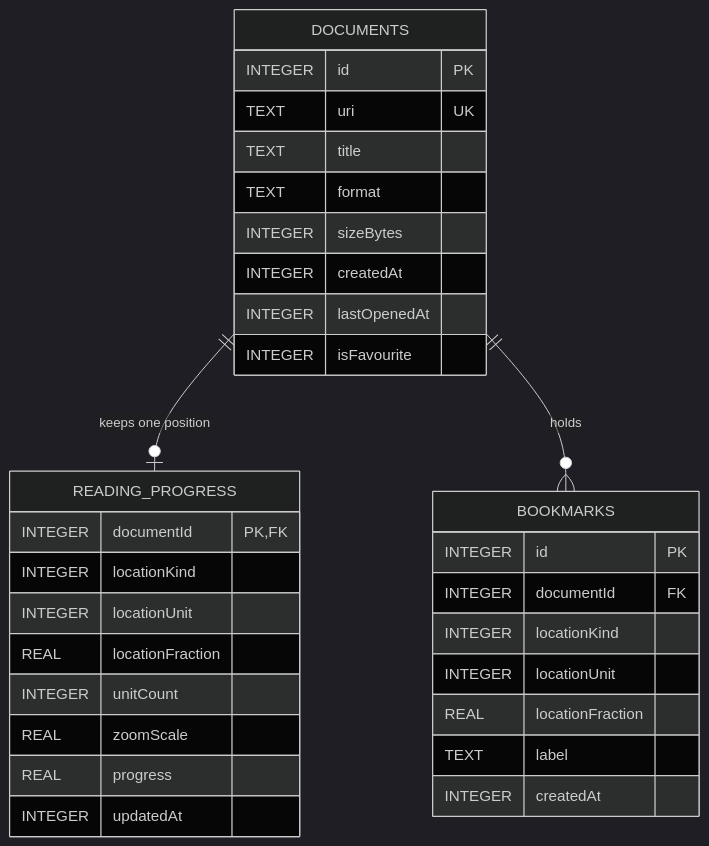
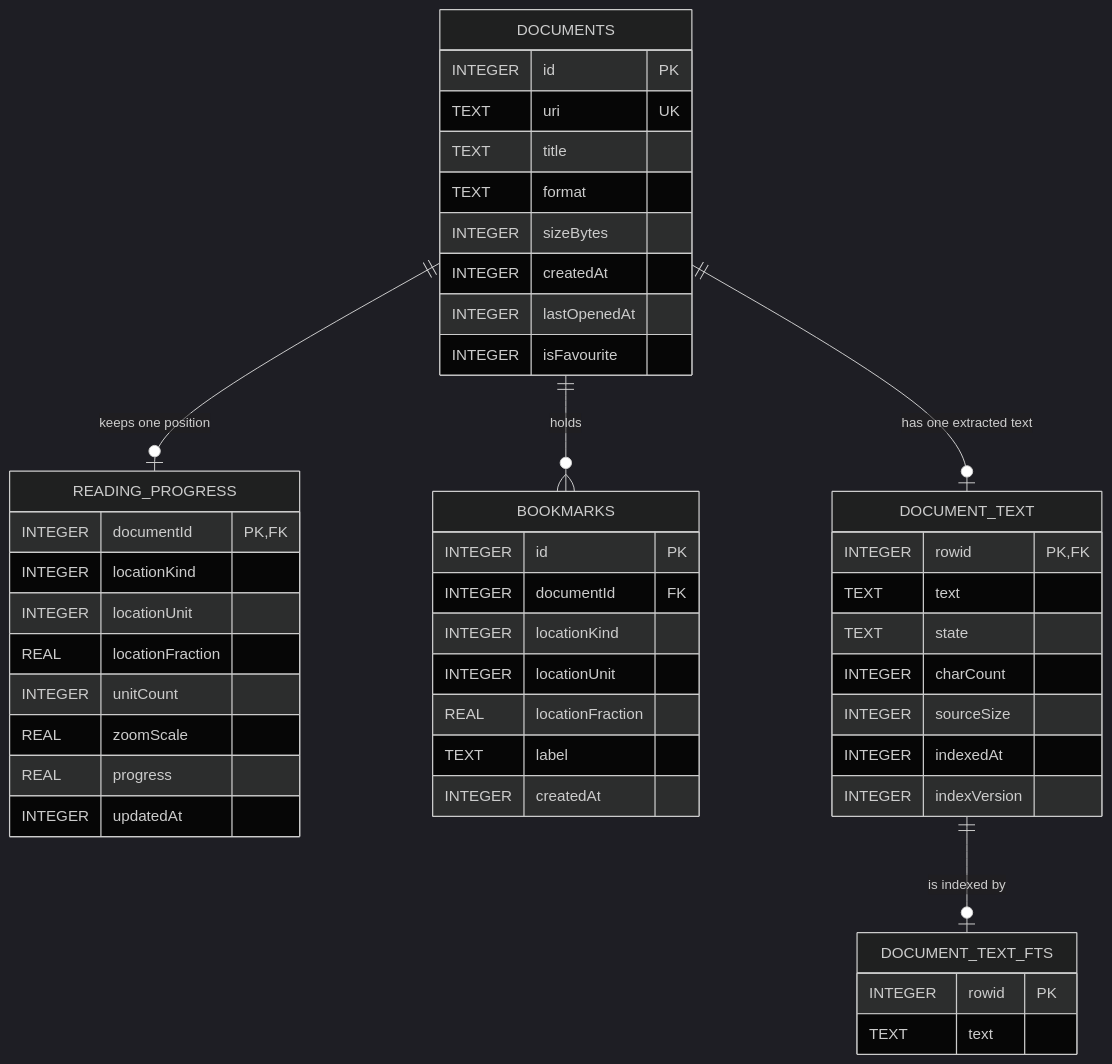
Before and after one commit to Pixelrick420/Papyrus: the second of 2 diagrams in README.md, drawn with Mermaid (dark theme). The commit also changed other lines of this file and 60 other files, not shown here.

````diff
--- a/README.md
+++ b/README.md
@@ -240,37 +249,54 @@
 ```mermaid
 erDiagram
     DOCUMENTS ||--o| READING_PROGRESS : "keeps one position"
     DOCUMENTS ||--o{ BOOKMARKS : "holds"
+    DOCUMENTS ||--o| DOCUMENT_TEXT : "has one extracted text"
+    DOCUMENT_TEXT ||--o| DOCUMENT_TEXT_FTS : "is indexed by"
 
     DOCUMENTS {
         INTEGER id PK
         TEXT uri UK
         TEXT title
         TEXT format
         INTEGER sizeBytes
         INTEGER createdAt
         INTEGER lastOpenedAt
         INTEGER isFavourite
     }
 
     READING_PROGRESS {
         INTEGER documentId PK, FK
         INTEGER locationKind
         INTEGER locationUnit
         REAL locationFraction
         INTEGER unitCount
         REAL zoomScale
         REAL progress
         INTEGER updatedAt
     }
 
     BOOKMARKS {
         INTEGER id PK
         INTEGER documentId FK
         INTEGER locationKind
         INTEGER locationUnit
         REAL locationFraction
         TEXT label
         INTEGER createdAt
     }
+
+    DOCUMENT_TEXT {
+        INTEGER rowid PK, FK
+        TEXT text
+        TEXT state
+        INTEGER charCount
+        INTEGER sourceSize
+        INTEGER indexedAt
+        INTEGER indexVersion
+    }
+
+    DOCUMENT_TEXT_FTS {
+        INTEGER rowid PK
+        TEXT text
+    }
 ```
````
